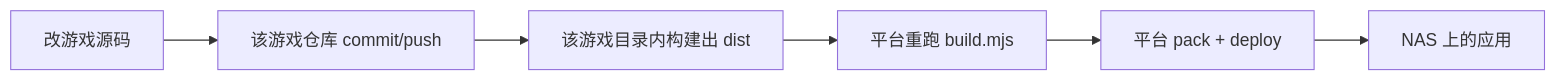
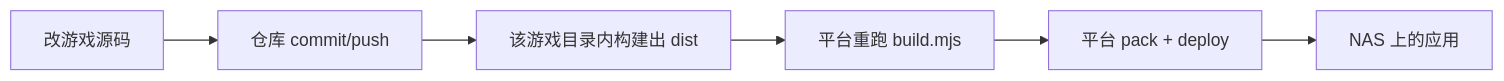
One commit to panyunmeng/3d-games changed the diagram in AGENTS.md. Above: the diagram before and after it, drawn with Mermaid. The commit also changed other lines of this file and 25 other files, not shown here.

````diff
--- a/AGENTS.md
+++ b/AGENTS.md
@@ -68,8 +71,8 @@
 ```mermaid
 graph LR
-    A[改游戏源码] --> B[该游戏仓库 commit/push]
+    A[改游戏源码] --> B[仓库 commit/push]
     B --> C[该游戏目录内构建出 dist]
     C --> D[平台重跑 build.mjs]
     D --> E[平台 pack + deploy]
     E --> F[NAS 上的应用]
 ```
````
